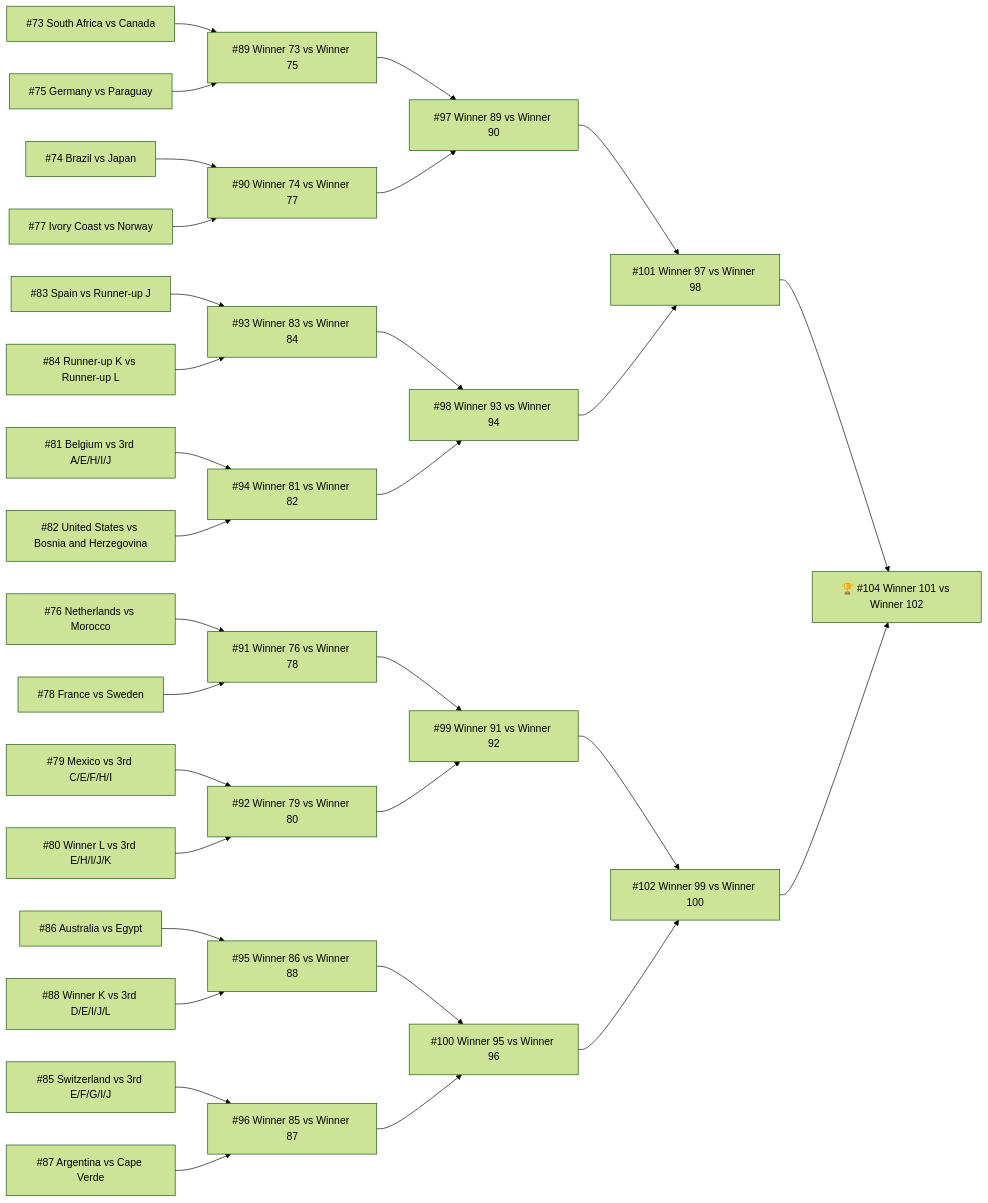
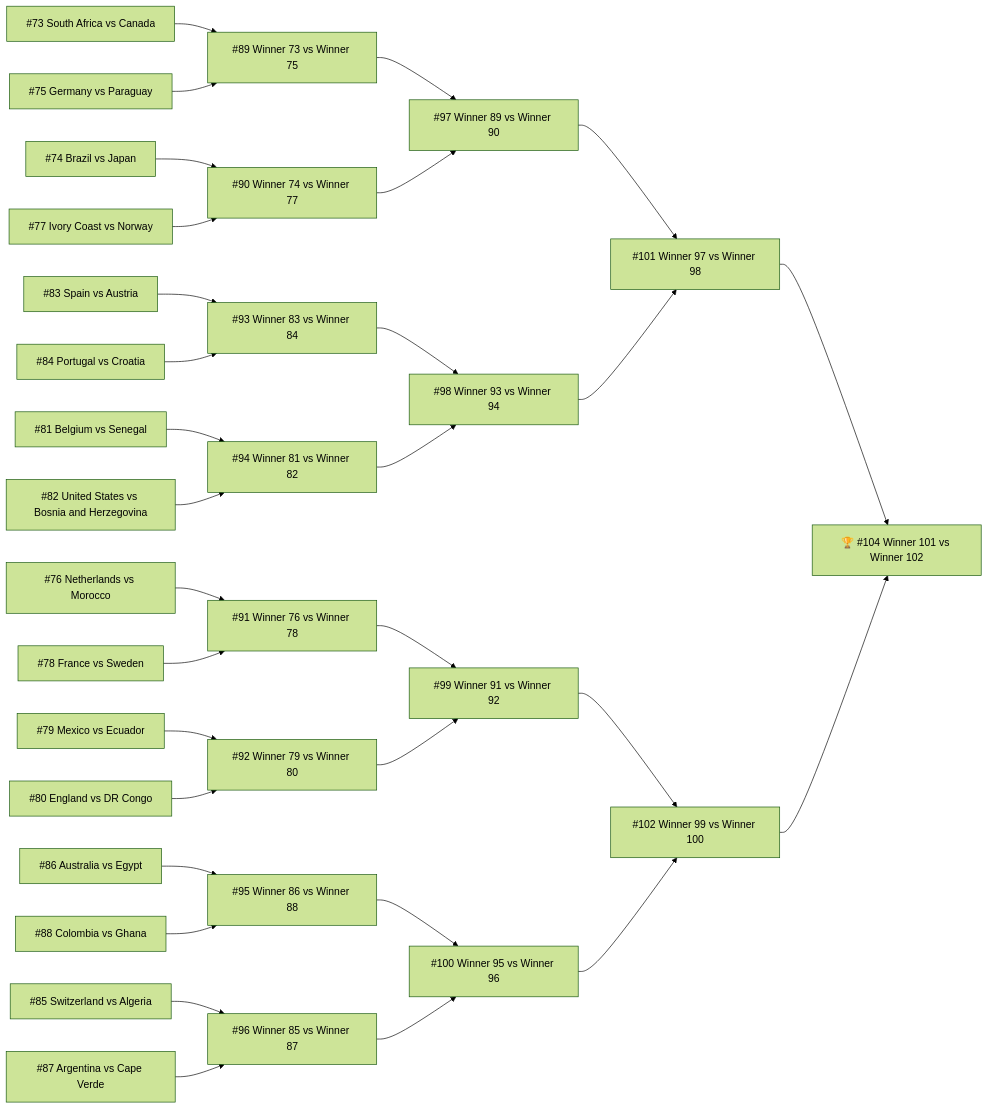
The diagram in src/site/notes/Area/Football/World Cup 2026.md (didiowen/theyears), drawn with Mermaid (forest theme) before and after one commit. The commit also changed other lines of this file, not shown here.

````diff
--- a/src/site/notes/Area/Football/World Cup 2026.md
+++ b/src/site/notes/Area/Football/World Cup 2026.md
@@ -414,64 +465,64 @@
 ```mermaid
 flowchart LR
   M73["#73 South Africa vs Canada"]
   M74["#74 Brazil vs Japan"]
   M75["#75 Germany vs Paraguay"]
   M76["#76 Netherlands vs Morocco"]
   M77["#77 Ivory Coast vs Norway"]
   M78["#78 France vs Sweden"]
-  M79["#79 Mexico vs 3rd C/E/F/H/I"]
-  M80["#80 Winner L vs 3rd E/H/I/J/K"]
-  M81["#81 Belgium vs 3rd A/E/H/I/J"]
+  M79["#79 Mexico vs Ecuador"]
+  M80["#80 England vs DR Congo"]
+  M81["#81 Belgium vs Senegal"]
   M82["#82 United States vs Bosnia and Herzegovina"]
-  M83["#83 Spain vs Runner-up J"]
-  M84["#84 Runner-up K vs Runner-up L"]
-  M85["#85 Switzerland vs 3rd E/F/G/I/J"]
+  M83["#83 Spain vs Austria"]
+  M84["#84 Portugal vs Croatia"]
+  M85["#85 Switzerland vs Algeria"]
   M86["#86 Australia vs Egypt"]
   M87["#87 Argentina vs Cape Verde"]
-  M88["#88 Winner K vs 3rd D/E/I/J/L"]
+  M88["#88 Colombia vs Ghana"]
   M89["#89 Winner 73 vs Winner 75"]
   M90["#90 Winner 74 vs Winner 77"]
   M91["#91 Winner 76 vs Winner 78"]
   M92["#92 Winner 79 vs Winner 80"]
   M93["#93 Winner 83 vs Winner 84"]
   M94["#94 Winner 81 vs Winner 82"]
   M95["#95 Winner 86 vs Winner 88"]
   M96["#96 Winner 85 vs Winner 87"]
   M97["#97 Winner 89 vs Winner 90"]
   M98["#98 Winner 93 vs Winner 94"]
   M99["#99 Winner 91 vs Winner 92"]
   M100["#100 Winner 95 vs Winner 96"]
   M101["#101 Winner 97 vs Winner 98"]
   M102["#102 Winner 99 vs Winner 100"]
   M104["🏆 #104 Winner 101 vs Winner 102"]
   M73 --> M89
   M75 --> M89
   M74 --> M90
   M77 --> M90
   M76 --> M91
   M78 --> M91
   M79 --> M92
   M80 --> M92
   M83 --> M93
   M84 --> M93
   M81 --> M94
   M82 --> M94
   M86 --> M95
   M88 --> M95
   M85 --> M96
   M87 --> M96
   M89 --> M97
   M90 --> M97
   M93 --> M98
   M94 --> M98
   M91 --> M99
   M92 --> M99
   M95 --> M100
   M96 --> M100
   M97 --> M101
   M98 --> M101
   M99 --> M102
   M100 --> M102
   M101 --> M104
   M102 --> M104
 ```
````
